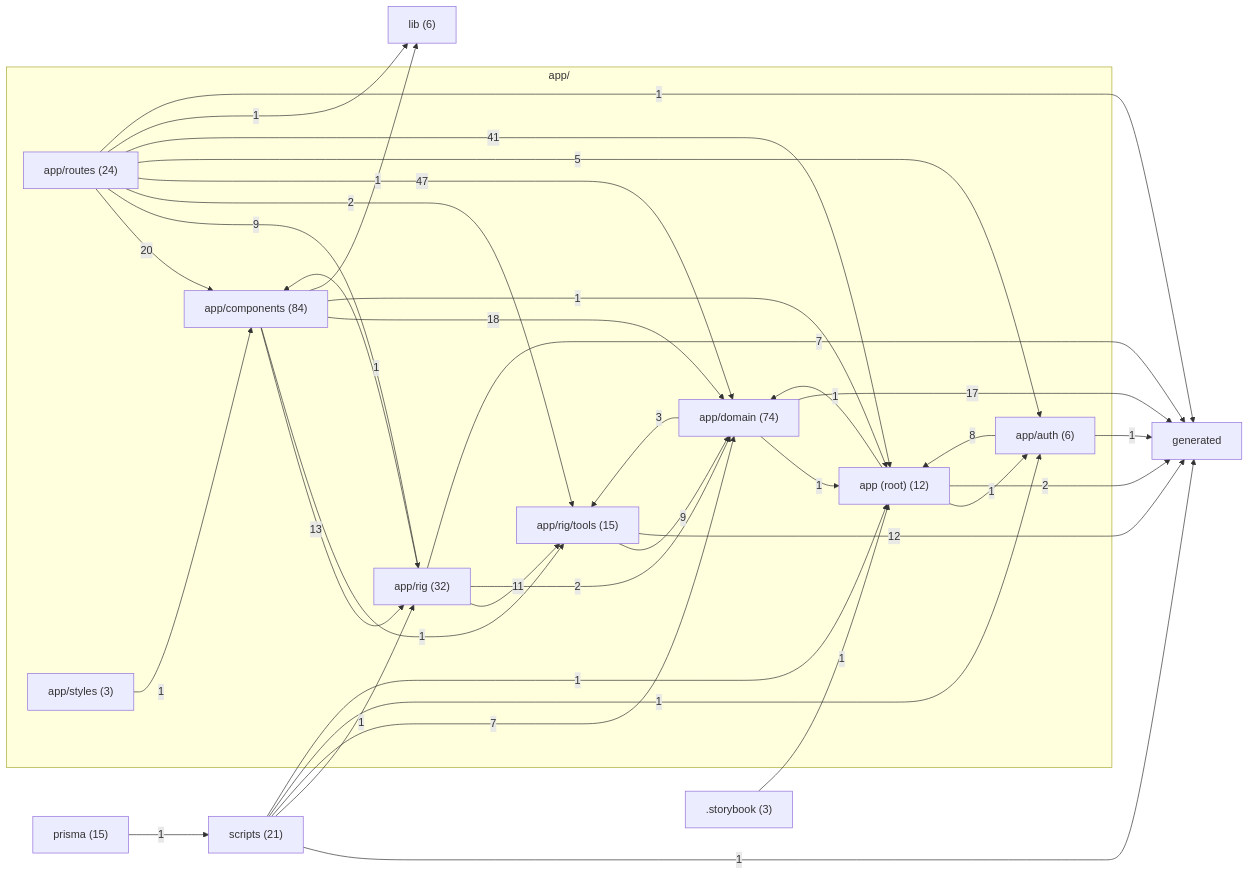
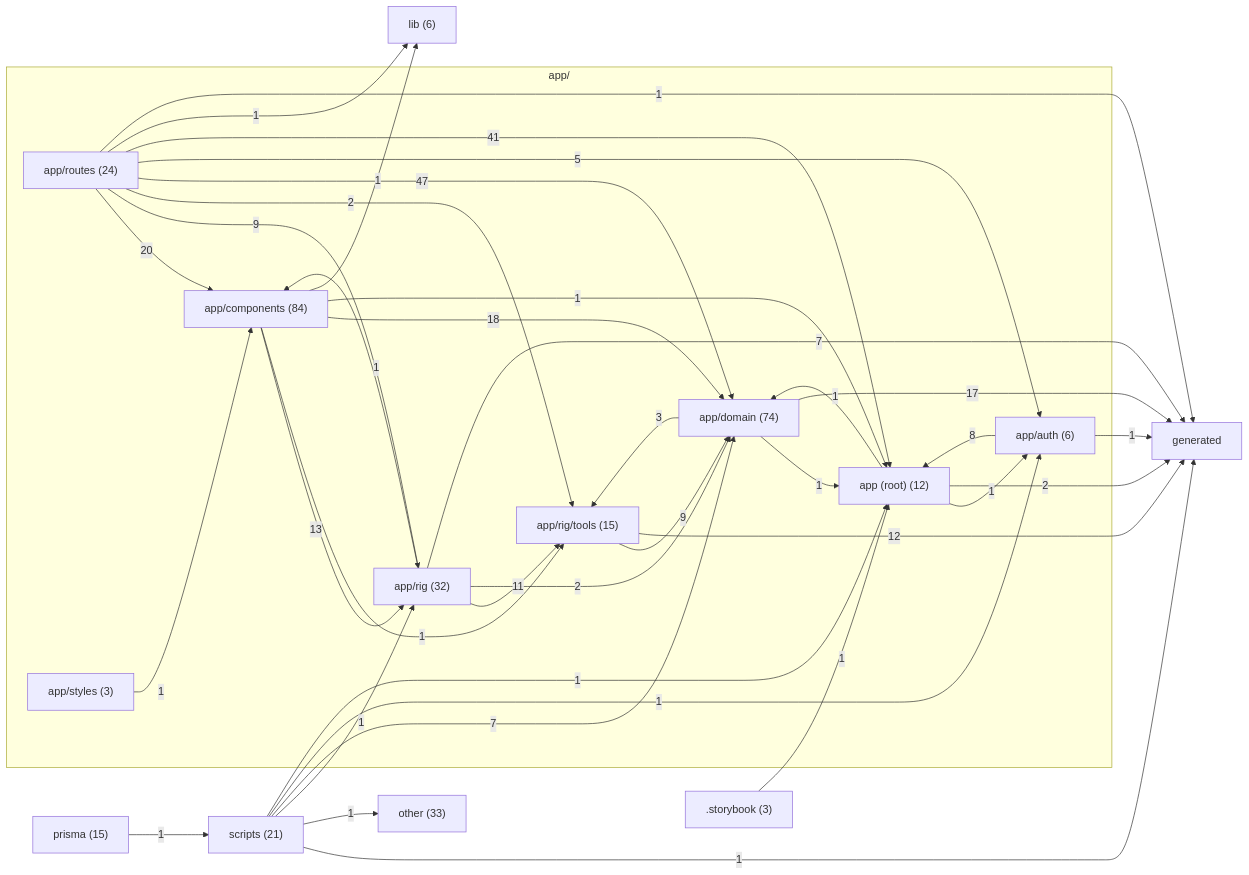
The diagram in TOPOLOGY.md (cam5/reading-rig), drawn with Mermaid before and after one commit. The commit also changed other lines of this file and 3 other files, not shown here.

````diff
--- a/TOPOLOGY.md
+++ b/TOPOLOGY.md
@@ -13,53 +13,55 @@
 ```mermaid
 flowchart LR
   subgraph app_dir["app/"]
     app_routes["app/routes (24)"]
     app_components["app/components (84)"]
     app_rig["app/rig (32)"]
     app_rig_tools["app/rig/tools (15)"]
     app_domain["app/domain (74)"]
     app_auth["app/auth (6)"]
     app_root["app (root) (12)"]
     app_styles["app/styles (3)"]
   end
   lib["lib (6)"]
   generated["generated"]
   prisma["prisma (15)"]
   scripts["scripts (21)"]
   storybook[".storybook (3)"]
+  other["other (33)"]
   app_routes -->|20| app_components
   app_routes -->|9| app_rig
   app_routes -->|2| app_rig_tools
   app_routes -->|47| app_domain
   app_routes -->|5| app_auth
   app_routes -->|41| app_root
   app_routes -->|1| lib
   app_routes -->|1| generated
   app_components -->|13| app_rig
   app_components -->|1| app_rig_tools
   app_components -->|18| app_domain
   app_components -->|1| app_root
   app_components -->|1| lib
   app_rig -->|1| app_components
   app_rig -->|11| app_rig_tools
   app_rig -->|2| app_domain
   app_rig -->|7| generated
   app_rig_tools -->|9| app_domain
   app_rig_tools -->|12| generated
   app_domain -->|3| app_rig_tools
   app_domain -->|1| app_root
   app_domain -->|17| generated
   app_auth -->|8| app_root
   app_auth -->|1| generated
   app_root -->|1| app_domain
   app_root -->|1| app_auth
   app_root -->|2| generated
   app_styles -->|1| app_components
   prisma -->|1| scripts
   scripts -->|1| app_rig
   scripts -->|7| app_domain
   scripts -->|1| app_auth
   scripts -->|1| app_root
   scripts -->|1| generated
+  scripts -->|1| other
   storybook -->|1| app_root
 ```
````
